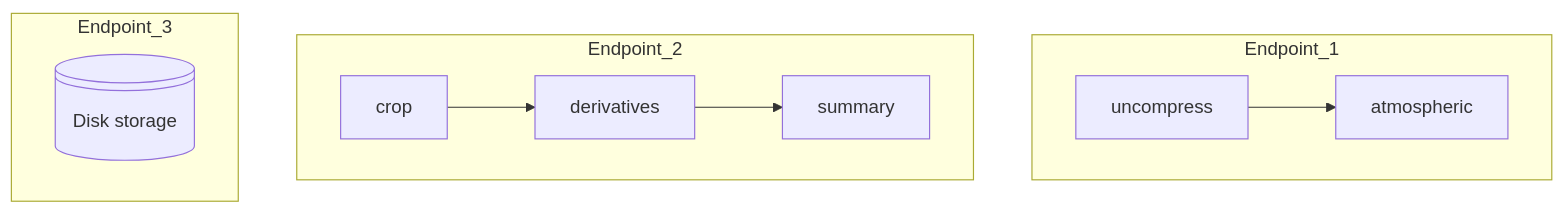
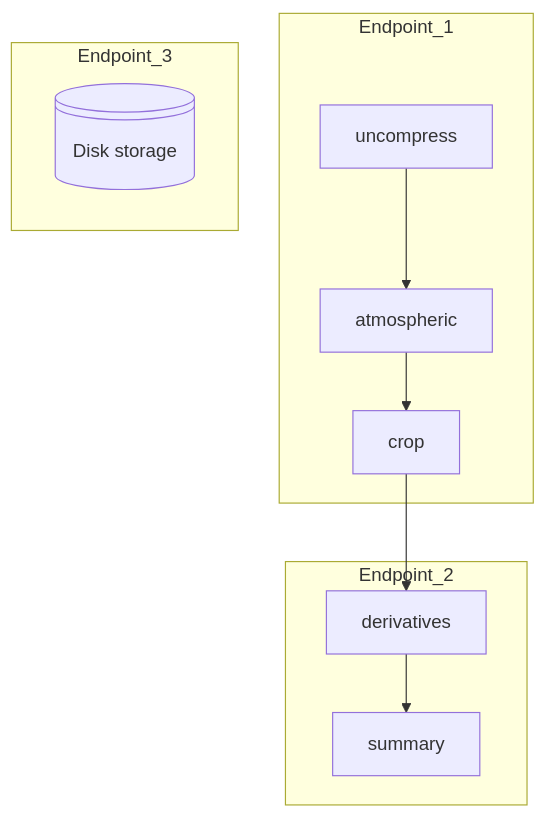
Before and after one commit to ddomizzisg/Landsat8Processing: the diagram in README.md, drawn with Mermaid.

````diff
--- a/README.md
+++ b/README.md
@@ -23,13 +23,14 @@
 ```mermaid
 flowchart TD
     subgraph Endpoint_1
     uncompress-->atmospheric
+    atmospheric-->crop
     end
     subgraph Endpoint_2
     crop-->derivatives
     derivatives-->summary
     end
     subgraph Endpoint_3
     A@{ shape: lin-cyl, label: "Disk storage" }
     end
 ```
````
